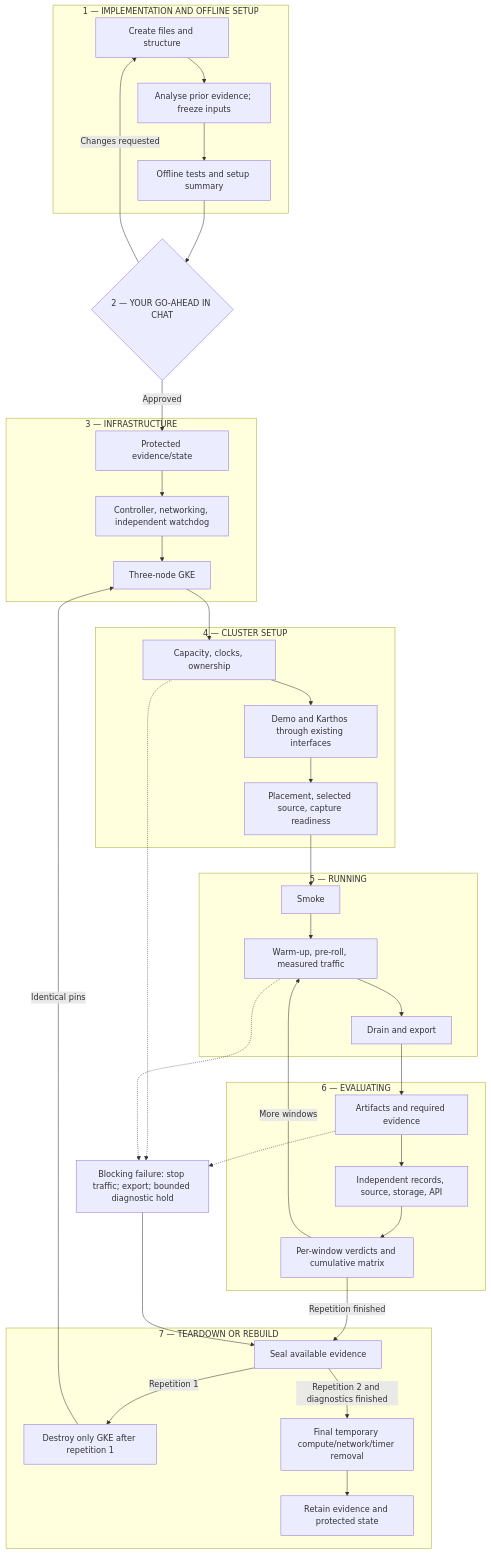
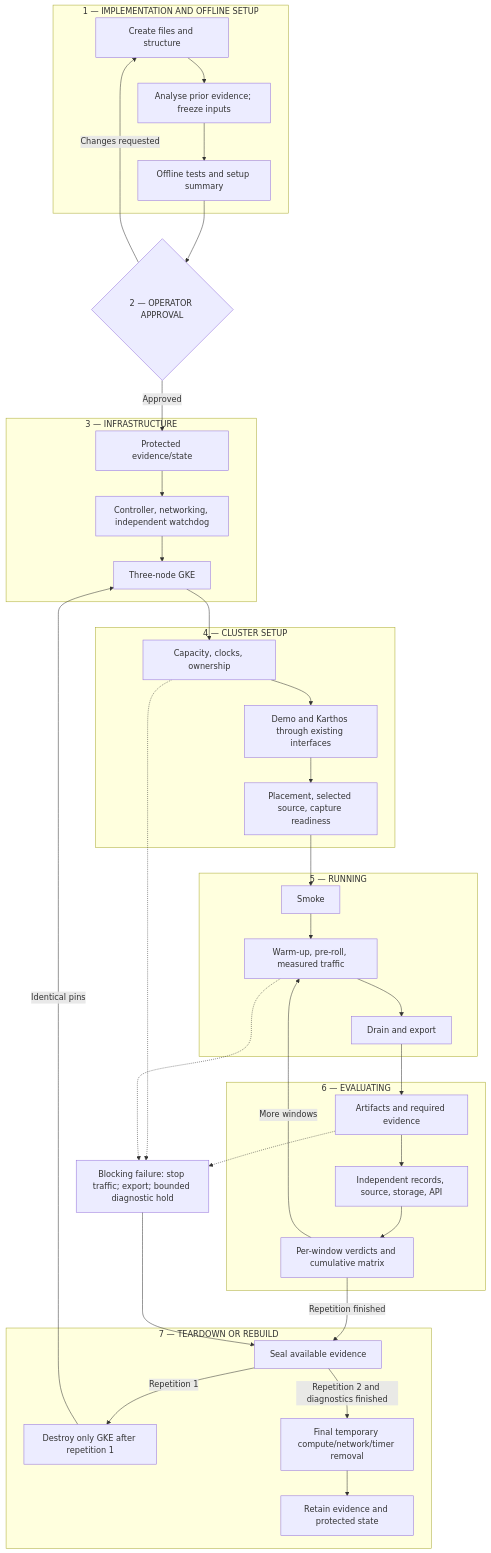
One commit to erickivel/karthos-tcc-evaluation changed the third of 4 diagrams in docs/gke-qualification-v1.md. Above: the diagram before and after it, drawn with Mermaid. The commit also changed other lines of this file and 49 other files, not shown here.

````diff
--- a/docs/gke-qualification-v1.md
+++ b/docs/gke-qualification-v1.md
@@ -204,42 +204,42 @@
 ```mermaid
 flowchart TD
     subgraph Setup["1 — IMPLEMENTATION AND OFFLINE SETUP"]
         S1["Create files and structure"] --> S2["Analyse prior evidence; freeze inputs"] --> S3["Offline tests and setup summary"]
     end
-    Review{"2 — YOUR GO-AHEAD IN CHAT"}
+    Review{"2 — OPERATOR APPROVAL"}
     S3 --> Review
     Review -->|"Changes requested"| S1
     subgraph Infra["3 — INFRASTRUCTURE"]
         I1["Protected evidence/state"] --> I2["Controller, networking, independent watchdog"] --> I3["Three-node GKE"]
     end
     subgraph ClusterSetup["4 — CLUSTER SETUP"]
         C1["Capacity, clocks, ownership"] --> C2["Demo and Karthos through existing interfaces"] --> C3["Placement, selected source, capture readiness"]
     end
     subgraph Running["5 — RUNNING"]
         R1["Smoke"] --> R2["Warm-up, pre-roll, measured traffic"] --> R3["Drain and export"]
     end
     subgraph Evaluating["6 — EVALUATING"]
         E1["Artifacts and required evidence"] --> E2["Independent records, source, storage, API"] --> E3["Per-window verdicts and cumulative matrix"]
     end
     subgraph Teardown["7 — TEARDOWN OR REBUILD"]
         T1["Seal available evidence"]
         T2["Destroy only GKE after repetition 1"]
         T3["Final temporary compute/network/timer removal"]
         T4["Retain evidence and protected state"]
     end
     Review -->|"Approved"| I1
     I3 --> C1
     C3 --> R1
     R3 --> E1
     E3 -->|"More windows"| R2
     E3 -->|"Repetition finished"| T1
     T1 -->|"Repetition 1"| T2
     T2 -->|"Identical pins"| I3
     T1 -->|"Repetition 2 and diagnostics finished"| T3
     T3 --> T4
     Failure["Blocking failure: stop traffic; export; bounded diagnostic hold"]
     C1 -.-> Failure
     R2 -.-> Failure
     E1 -.-> Failure
     Failure --> T1
 ```
````
